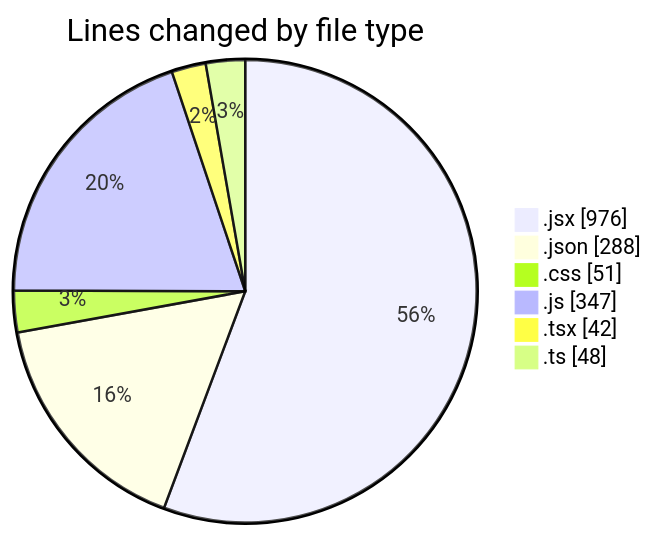
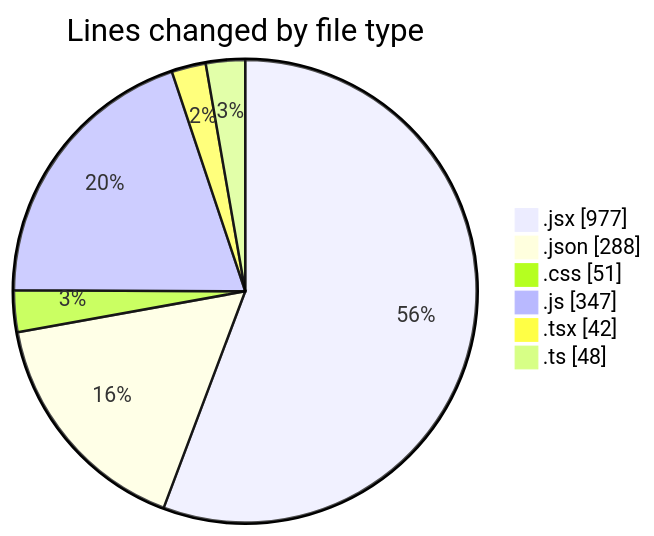
One commit to momahboobian/code-tracking changed the first of 2 diagrams in 2026-03-19/commonwealth-front-end-task/README.md. Above: the diagram before and after it, drawn with Mermaid. The commit also changed other lines of this file and 1 other file, not shown here.

````diff
--- a/2026-03-19/commonwealth-front-end-task/README.md
+++ b/2026-03-19/commonwealth-front-end-task/README.md
@@ -39,10 +39,10 @@
 ```mermaid
 pie showData
 title Lines changed by file type
-".jsx" : 976
+".jsx" : 977
 ".json" : 288
 ".css" : 51
 ".js" : 347
 ".tsx" : 42
 ".ts" : 48
 ```
````
